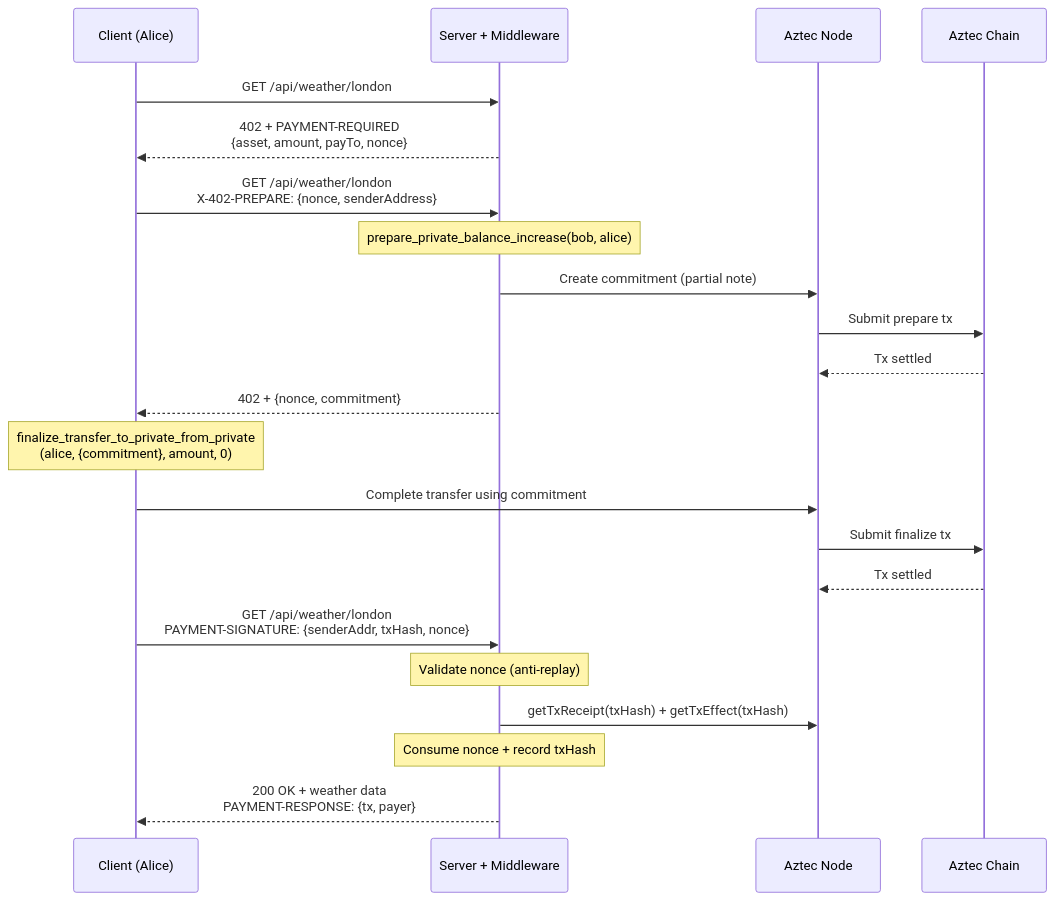
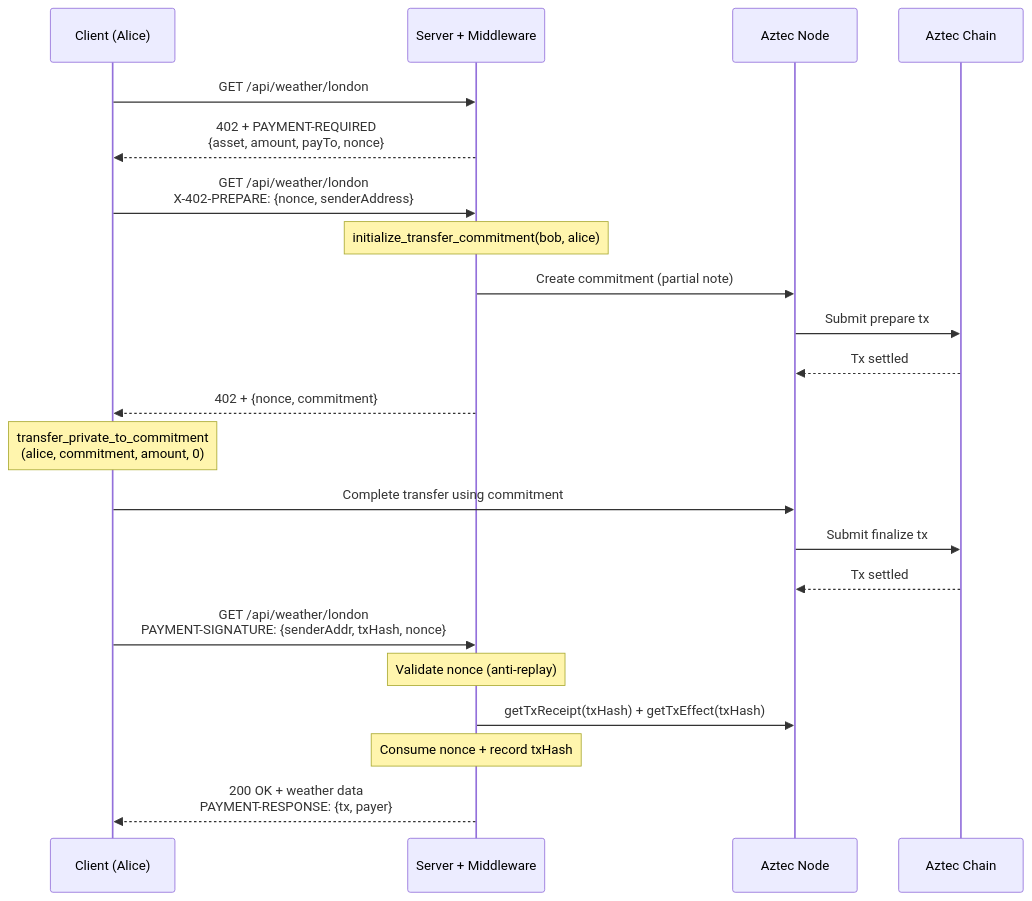
One commit to Galactica-corp/aztec-x402 changed the first of 2 diagrams in readme.md. Above: the diagram before and after it, drawn with Mermaid. The commit also changed other lines of this file and 17 other files, not shown here.

````diff
--- a/readme.md
+++ b/readme.md
@@ -11,31 +11,31 @@
 ```mermaid
 sequenceDiagram
     participant Client as Client (Alice)
     participant Server as Server + Middleware
     participant Node as Aztec Node
     participant Chain as Aztec Chain
 
     Client->>Server: GET /api/weather/london
     Server-->>Client: 402 + PAYMENT-REQUIRED<br/>{asset, amount, payTo, nonce}
 
     Client->>Server: GET /api/weather/london<br/>X-402-PREPARE: {nonce, senderAddress}
 
-    Note over Server: prepare_private_balance_increase(bob, alice)
+    Note over Server: initialize_transfer_commitment(bob, alice)
     Server->>Node: Create commitment (partial note)
     Node->>Chain: Submit prepare tx
     Chain-->>Node: Tx settled
     Server-->>Client: 402 + {nonce, commitment}
 
-    Note over Client: finalize_transfer_to_private_from_private<br/>(alice, {commitment}, amount, 0)
+    Note over Client: transfer_private_to_commitment<br/>(alice, commitment, amount, 0)
     Client->>Node: Complete transfer using commitment
     Node->>Chain: Submit finalize tx
     Chain-->>Node: Tx settled
 
     Client->>Server: GET /api/weather/london<br/>PAYMENT-SIGNATURE: {senderAddr, txHash, nonce}
 
     Note over Server: Validate nonce (anti-replay)
     Server->>Node: getTxReceipt(txHash) + getTxEffect(txHash)
 
     Note over Server: Consume nonce + record txHash
     Server-->>Client: 200 OK + weather data<br/>PAYMENT-RESPONSE: {tx, payer}
 ```
````
